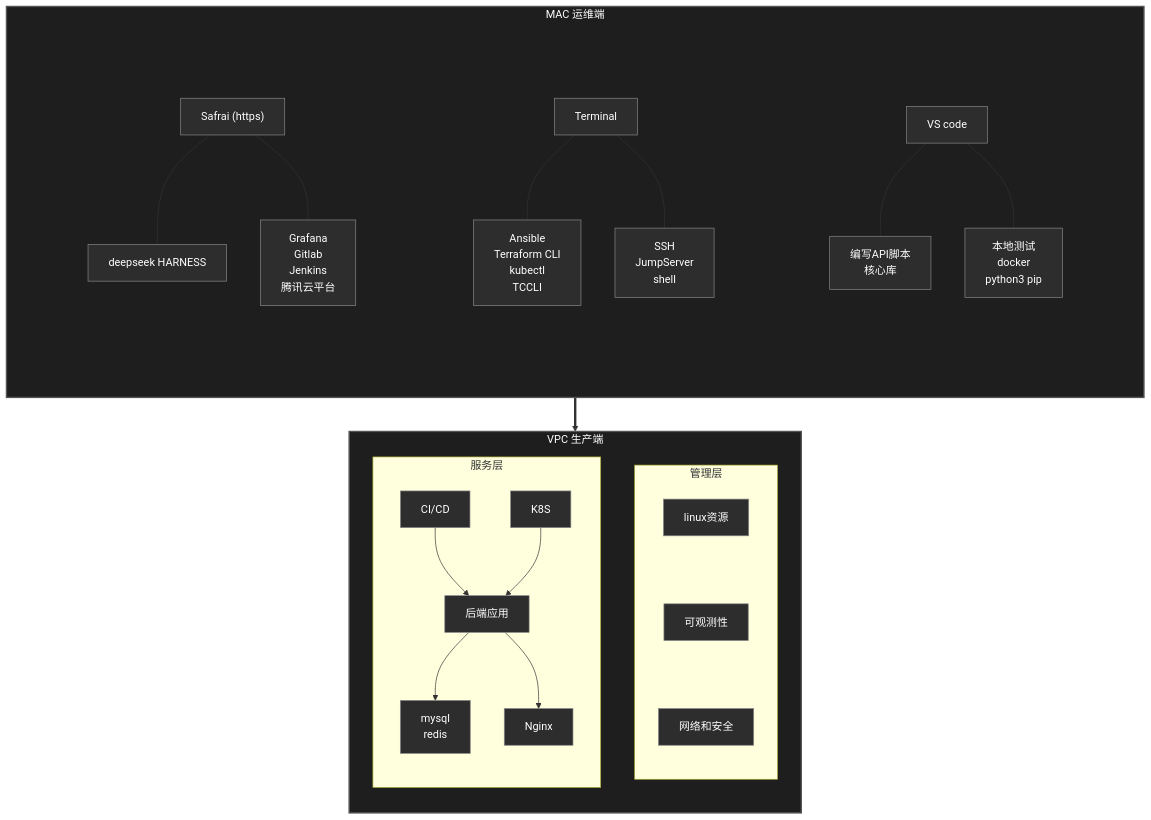
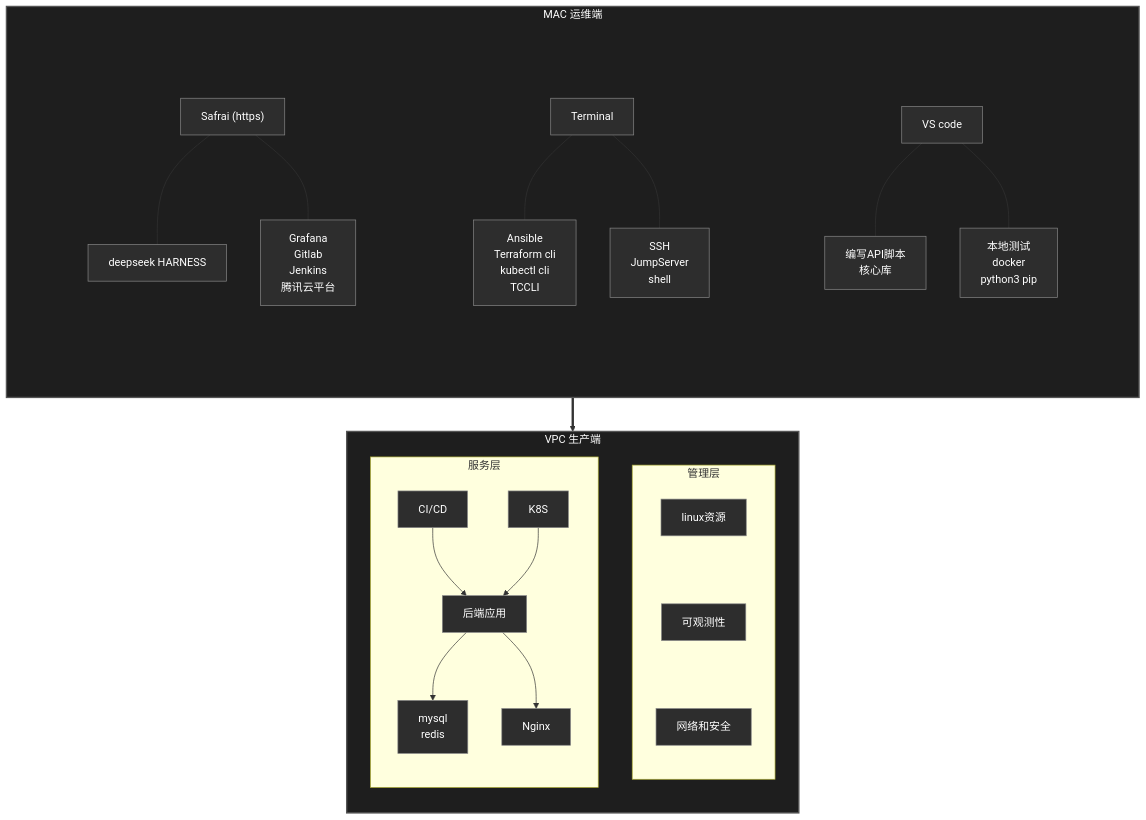
One commit to ZZZZTI/Cloud-Native-knowledge changed the diagram in README.md. Above: the diagram before and after it, drawn with Mermaid. The commit also changed other lines of this file and 1 other file, not shown here.

````diff
--- a/README.md
+++ b/README.md
@@ -100,69 +100,69 @@
 ```mermaid
 graph TD
     %% mac 块
     subgraph Mac["MAC 运维端"]
         direction TB
         subgraph Mac_Apps[" "]
             direction LR
             subgraph S[" "]
                 direction TB
                 S1["Safrai (https)"] --- S2["deepseek HARNESS"]
                 S1["Safrai (https)"] --- S3["Grafana<br>Gitlab<br>Jenkins<br>腾讯云平台"]
             end
             
             subgraph T[" "]
                 direction TB
-                T1["Terminal"] --- T2["Ansible<br>Terraform CLI<br>kubectl<br>TCCLI"]
+                T1["Terminal"] --- T2["Ansible<br>Terraform cli<br>kubectl cli<br>TCCLI"]
                 T1["Terminal"] --- T3["SSH<br>JumpServer<br>shell"]
             end
             
             subgraph V[" "]
                 direction TB
                 V1["VS code"] --- V2["编写API脚本<br>核心库"]
                 V1["VS code"] --- V3["本地测试<br>docker<br>python3 pip"]
             end
             
             S ~~~ T ~~~ V
         end
     end
 
     %% mac块指向vpc块
     Mac ==> VPC["mac块 -> vpc块"]
 
     %% vpc 块
     subgraph VPC["VPC 生产端"]
         direction TB
         
         subgraph MGMT["管理层"]
           direction TB
             M1["linux资源"]
             M2["可观测性"]
             M3["网络和安全"]
             M1 ~~~ M2 ~~~ M3
         end
 
           subgraph SVC["服务层"]
             direction TB
             S5["CI/CD"]
             S6["K8S"]
             BE["后端应用"]
             DB["mysql<br/>redis"]
             NG["Nginx"]
 
             S5 --> BE
             S6 --> BE
             BE --> DB
             BE --> NG
          end
     end
 
 
 
     %% 样式定义
     classDef default fill:#2d2d2d,stroke:#888,color:#fff;
     classDef group fill:#1e1e1e,stroke:#555,stroke-width:2px,color:#fff;
     classDef invisible fill:none,stroke:none;
 
     class Mac,VPC group;
     class Mac_Apps,S,T,V,Mgmt invisible;
 ```
````
